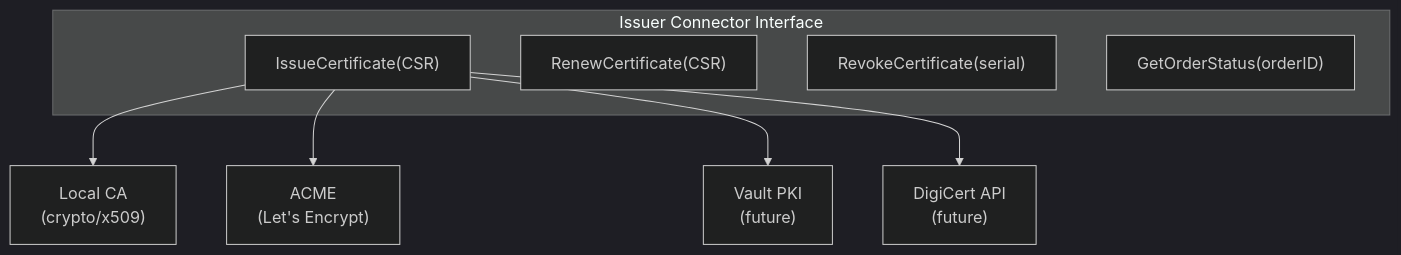
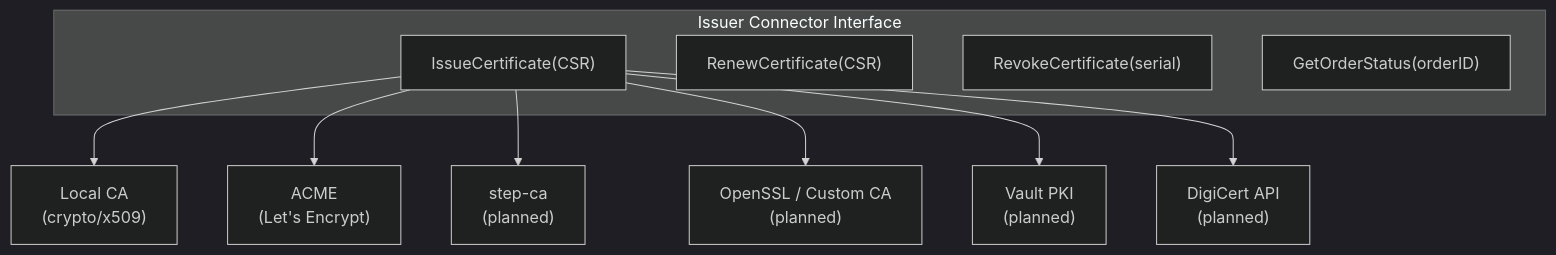
The second of 6 diagrams in docs/demo-advanced.md (certctl-io/certctl), drawn with Mermaid (dark theme) before and after one commit. The commit also changed other lines of this file and 3 other files, not shown here.

First line of the commit message:
docs: add step-ca and OpenSSL CA to V2 roadmap, fix F5/IIS status

````diff
--- a/docs/demo-advanced.md
+++ b/docs/demo-advanced.md
@@ -121,14 +121,16 @@
 ```mermaid
 flowchart TD
     subgraph "Issuer Connector Interface"
         A["IssueCertificate(CSR)"]
         B["RenewCertificate(CSR)"]
         C["RevokeCertificate(serial)"]
         D["GetOrderStatus(orderID)"]
     end
 
     A --> E["Local CA\n(crypto/x509)"]
     A --> F["ACME\n(Let's Encrypt)"]
-    A --> G["Vault PKI\n(future)"]
-    A --> H["DigiCert API\n(future)"]
+    A --> G["step-ca\n(planned)"]
+    A --> H["OpenSSL / Custom CA\n(planned)"]
+    A --> I["Vault PKI\n(planned)"]
+    A --> J["DigiCert API\n(planned)"]
 ```
````
